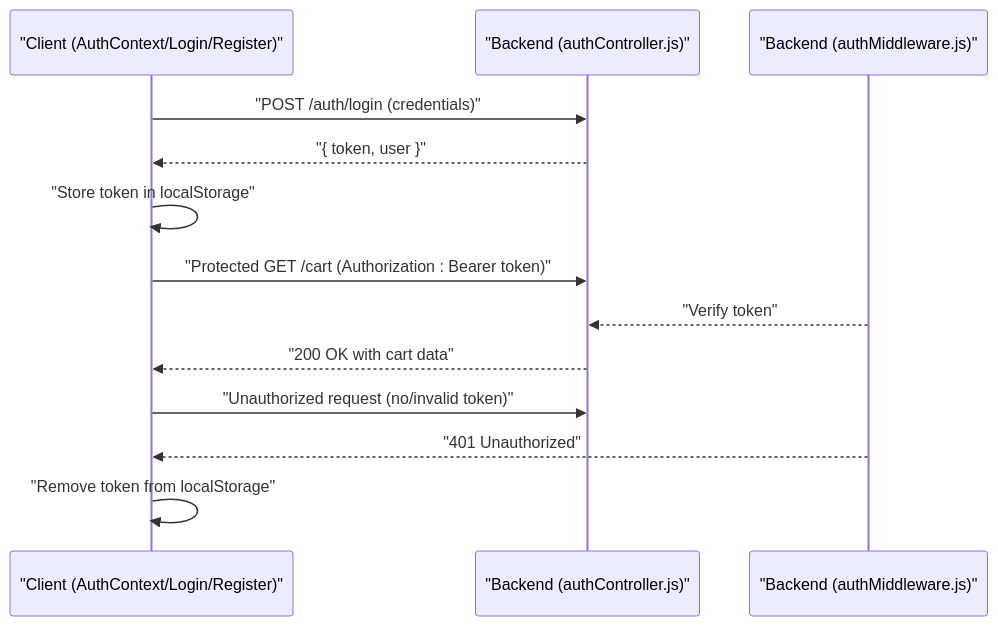
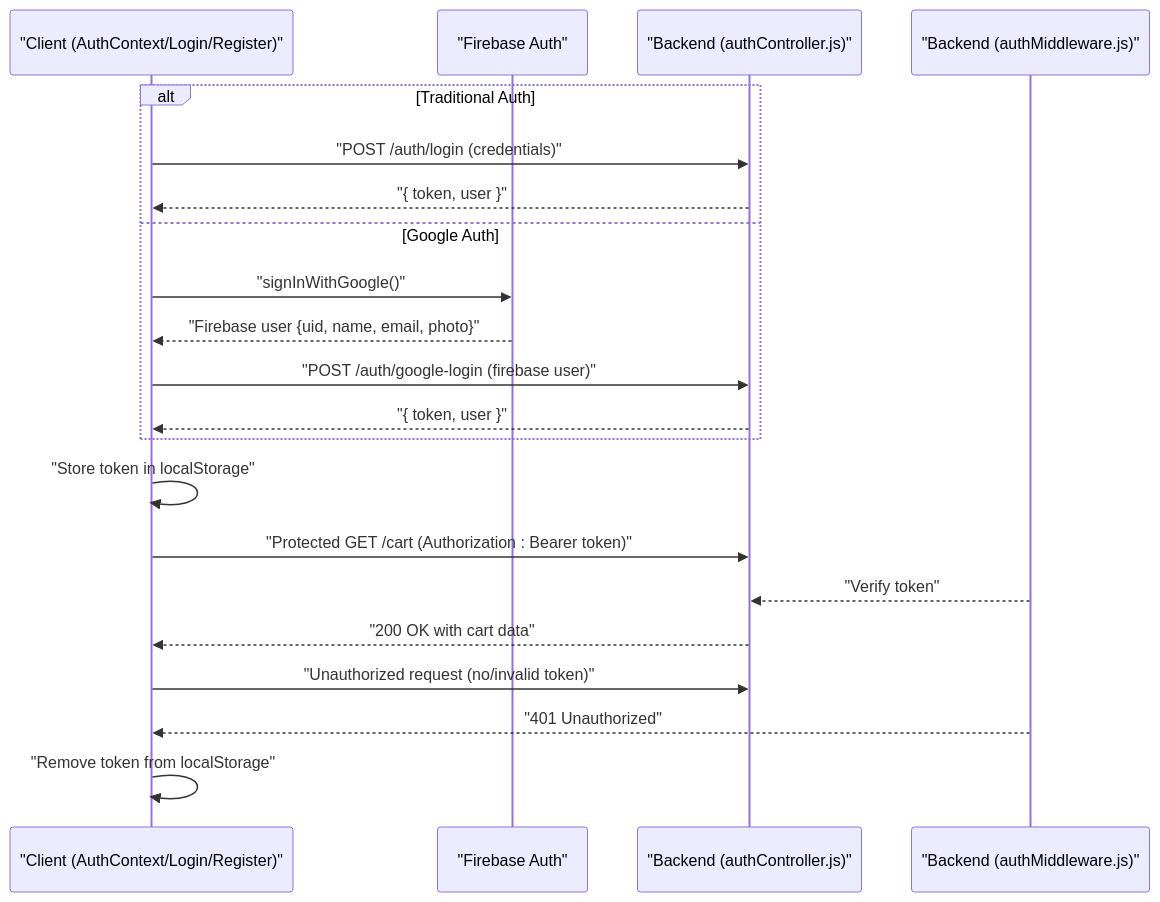
Before and after one commit to Pavan-PSPK9032/TrendsandToss: the tenth of 11 diagrams in .qoder/repowiki/en/content/Authentication & Authorization/Frontend Authentication State Management.md, drawn with Mermaid. The commit also changed other lines of this file and 5 other files, not shown here.

````diff
--- a/.qoder/repowiki/en/content/Authentication & Authorization/Frontend Authentication State Management.md
+++ b/.qoder/repowiki/en/content/Authentication & Authorization/Frontend Authentication State Management.md
@@ -299,15 +404,23 @@
 ```mermaid
 sequenceDiagram
 participant C as "Client (AuthContext/Login/Register)"
+participant F as "Firebase Auth"
 participant B as "Backend (authController.js)"
 participant MW as "Backend (authMiddleware.js)"
+alt Traditional Auth
 C->>B : "POST /auth/login (credentials)"
 B-->>C : "{ token, user }"
+else Google Auth
+C->>F : "signInWithGoogle()"
+F-->>C : "Firebase user {uid, name, email, photo}"
+C->>B : "POST /auth/google-login (firebase user)"
+B-->>C : "{ token, user }"
+end
 C->>C : "Store token in localStorage"
 C->>B : "Protected GET /cart (Authorization : Bearer token)"
 MW-->>B : "Verify token"
 B-->>C : "200 OK with cart data"
 C->>B : "Unauthorized request (no/invalid token)"
 MW-->>C : "401 Unauthorized"
 C->>C : "Remove token from localStorage"
 ```
````
